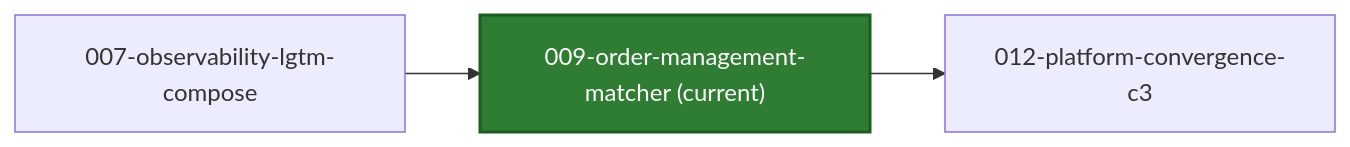
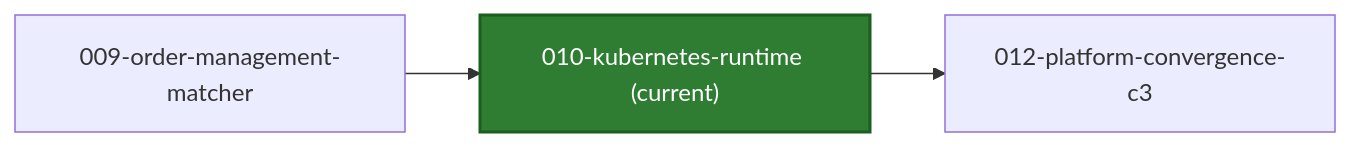
One commit to azure-octo/traderX changed the second of 2 diagrams in README.md. Above: the diagram before and after it, drawn with Mermaid. The commit also changed other lines of this file and 133 other files, not shown here.

First line of the commit message:
snapshot: 010-kubernetes-runtime generated from a41e87908ebf8e9d2cd385280eacced32887bb1e

````diff
--- a/README.md
+++ b/README.md
@@ -50,12 +52,12 @@
 ```mermaid
 flowchart LR
-  C_CUR["009-order-management-matcher (current)"]
+  C_CUR["010-kubernetes-runtime (current)"]
   style C_CUR fill:#2e7d32,stroke:#1b5e20,color:#ffffff,stroke-width:2px
-  C_PREV_007_observability_lgtm_compose["007-observability-lgtm-compose"] --> C_CUR
-  click C_PREV_007_observability_lgtm_compose href "https://github.com/finos/traderX/tree/code%2Fgenerated-state-007-observability-lgtm-compose" "Open branch"
-  %% compare: https://github.com/finos/traderX/compare/code%2Fgenerated-state-007-observability-lgtm-compose...code%2Fgenerated-state-009-order-management-matcher
+  C_PREV_009_order_management_matcher["009-order-management-matcher"] --> C_CUR
+  click C_PREV_009_order_management_matcher href "https://github.com/finos/traderX/tree/code%2Fgenerated-state-009-order-management-matcher" "Open branch"
+  %% compare: https://github.com/finos/traderX/compare/code%2Fgenerated-state-009-order-management-matcher...code%2Fgenerated-state-010-kubernetes-runtime
   C_CUR --> C_NEXT_012_platform_convergence_c3["012-platform-convergence-c3"]
   click C_NEXT_012_platform_convergence_c3 href "https://github.com/finos/traderX/tree/code%2Fgenerated-state-012-platform-convergence-c3" "Open branch"
-  %% compare: https://github.com/finos/traderX/compare/code%2Fgenerated-state-009-order-management-matcher...code%2Fgenerated-state-012-platform-convergence-c3
-  click C_CUR href "https://github.com/finos/traderX/tree/code%2Fgenerated-state-009-order-management-matcher" "Open current branch"
+  %% compare: https://github.com/finos/traderX/compare/code%2Fgenerated-state-010-kubernetes-runtime...code%2Fgenerated-state-012-platform-convergence-c3
+  click C_CUR href "https://github.com/finos/traderX/tree/code%2Fgenerated-state-010-kubernetes-runtime" "Open current branch"
 ```
````
